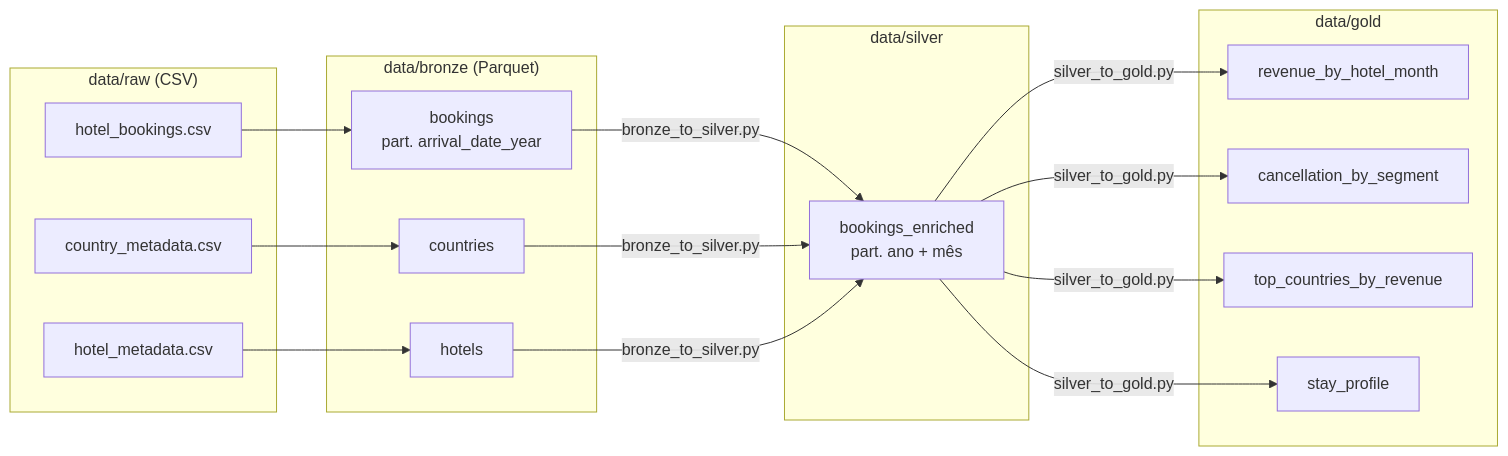
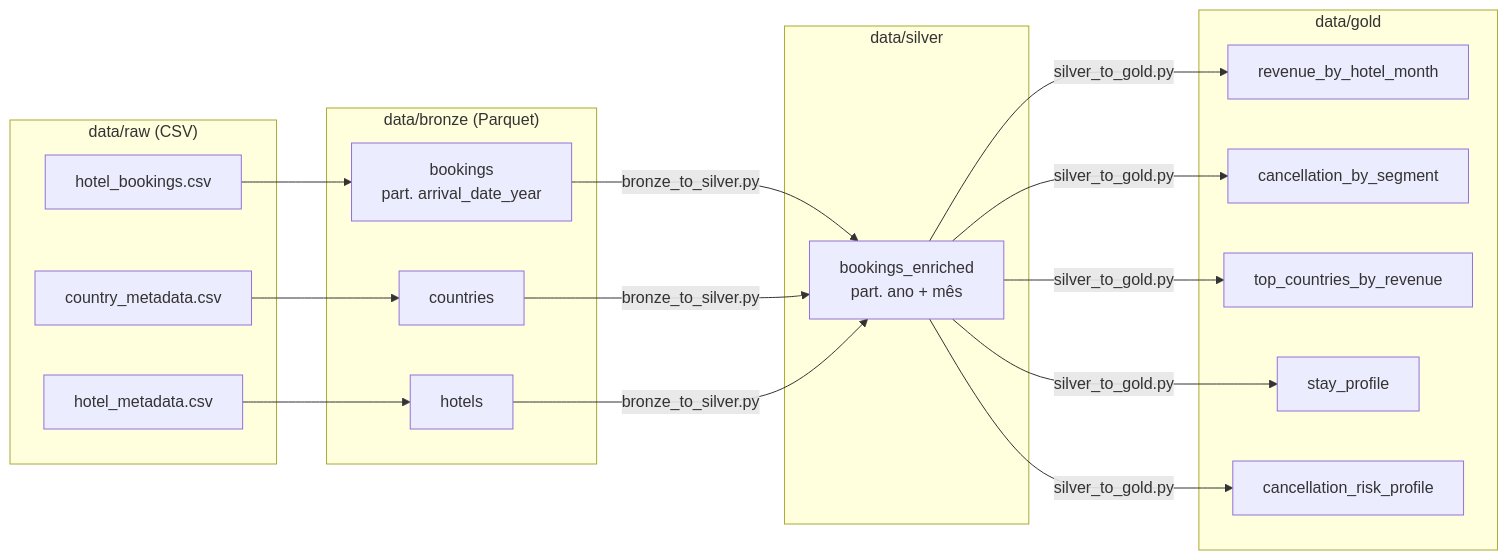
One commit to lhrick/hotel-booking-demands changed the diagram in README.md. Above: the diagram before and after it, drawn with Mermaid. The commit also changed other lines of this file, not shown here.

Commit message:
docs: update README with country codes, adr outlier and cancellation risk view

````diff
--- a/README.md
+++ b/README.md
@@ -11,27 +11,28 @@
 ```mermaid
 flowchart LR
     subgraph raw["data/raw (CSV)"]
         B[hotel_bookings.csv]
         C[country_metadata.csv]
         H[hotel_metadata.csv]
     end
     subgraph bronze["data/bronze (Parquet)"]
         BB[bookings<br/>part. arrival_date_year]
         BC[countries]
         BH[hotels]
     end
     subgraph silver["data/silver"]
         S[bookings_enriched<br/>part. ano + mês]
     end
     subgraph gold["data/gold"]
         G1[revenue_by_hotel_month]
         G2[cancellation_by_segment]
         G3[top_countries_by_revenue]
         G4[stay_profile]
+        G5[cancellation_risk_profile]
     end
     B --> BB
     C --> BC
     H --> BH
     BB & BC & BH -->|bronze_to_silver.py| S
-    S -->|silver_to_gold.py| G1 & G2 & G3 & G4
+    S -->|silver_to_gold.py| G1 & G2 & G3 & G4 & G5
 ```
````
